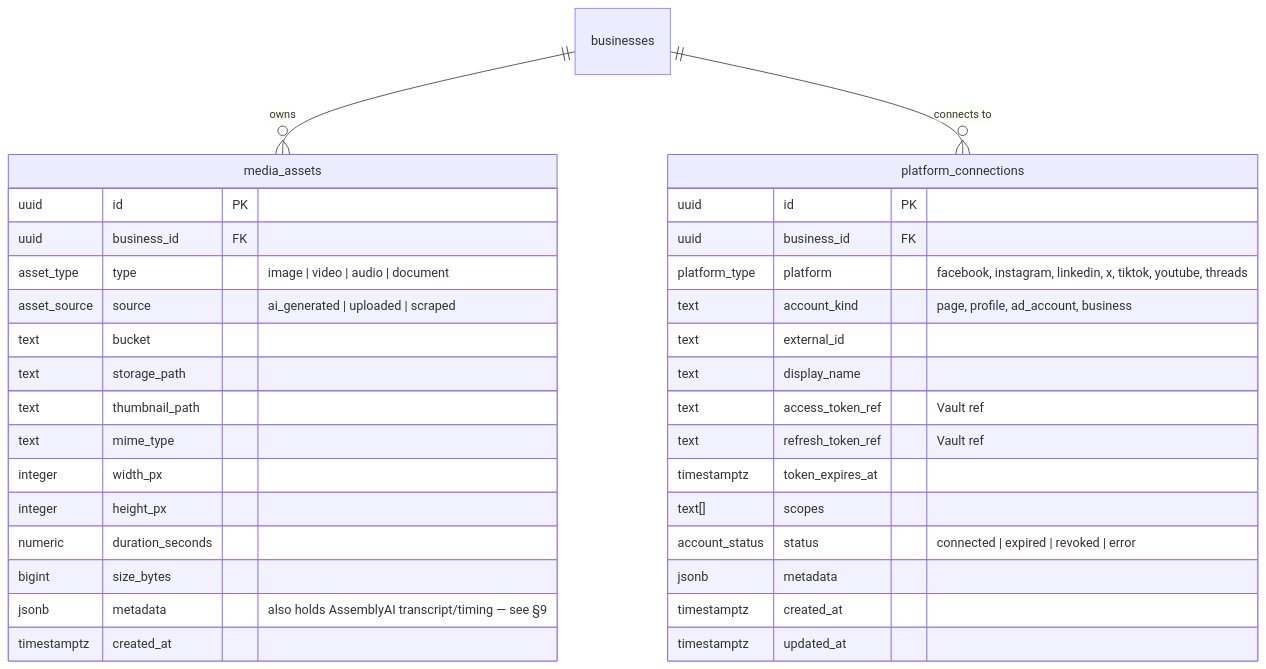
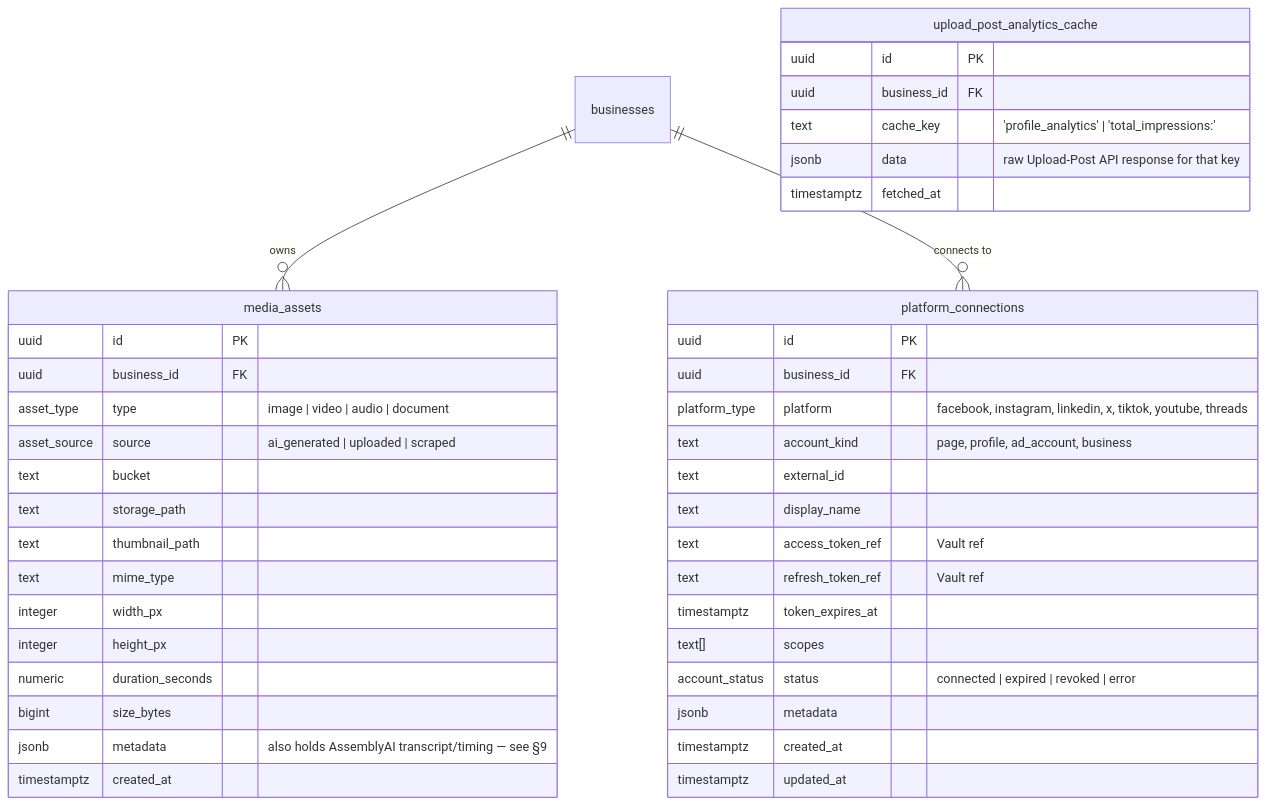
Before and after one commit to Aumatic-AI/Kinetix: the second of 8 diagrams in docs/architecture/database_schema.md, drawn with Mermaid. The commit also changed other lines of this file and 20 other files, not shown here.

````diff
--- a/docs/architecture/database_schema.md
+++ b/docs/architecture/database_schema.md
@@ -94,39 +94,47 @@
 ```mermaid
 erDiagram
     businesses ||--o{ media_assets : "owns"
     businesses ||--o{ platform_connections : "connects to"
 
     media_assets {
         uuid id PK
         uuid business_id FK
         asset_type type "image | video | audio | document"
         asset_source source "ai_generated | uploaded | scraped"
         text bucket
         text storage_path
         text thumbnail_path
         text mime_type
         integer width_px
         integer height_px
         numeric duration_seconds
         bigint size_bytes
         jsonb metadata "also holds AssemblyAI transcript/timing — see §9"
         timestamptz created_at
     }
 
     platform_connections {
         uuid id PK
         uuid business_id FK
         platform_type platform "facebook, instagram, linkedin, x, tiktok, youtube, threads"
         text account_kind "page, profile, ad_account, business"
         text external_id
         text display_name
         text access_token_ref "Vault ref"
         text refresh_token_ref "Vault ref"
         timestamptz token_expires_at
         text[] scopes
         account_status status "connected | expired | revoked | error"
         jsonb metadata
         timestamptz created_at
         timestamptz updated_at
     }
+
+    upload_post_analytics_cache {
+        uuid id PK
+        uuid business_id FK
+        text cache_key "'profile_analytics' | 'total_impressions:<period>'"
+        jsonb data "raw Upload-Post API response for that key"
+        timestamptz fetched_at
+    }
 ```
````
